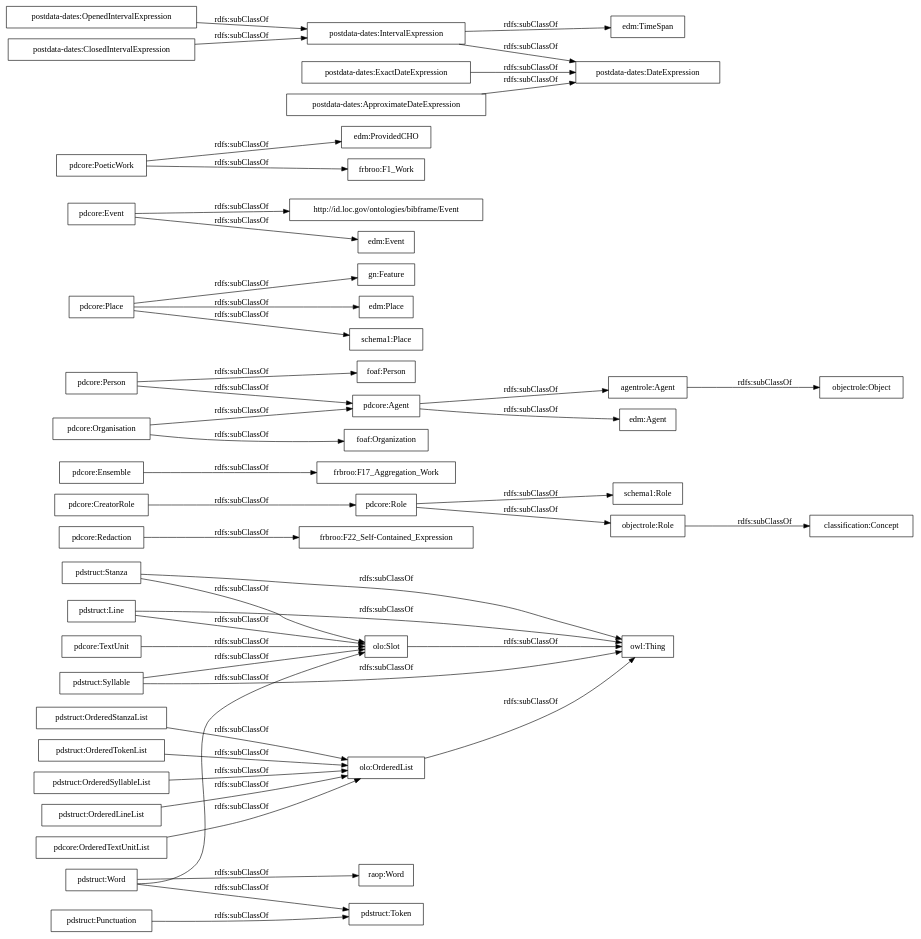
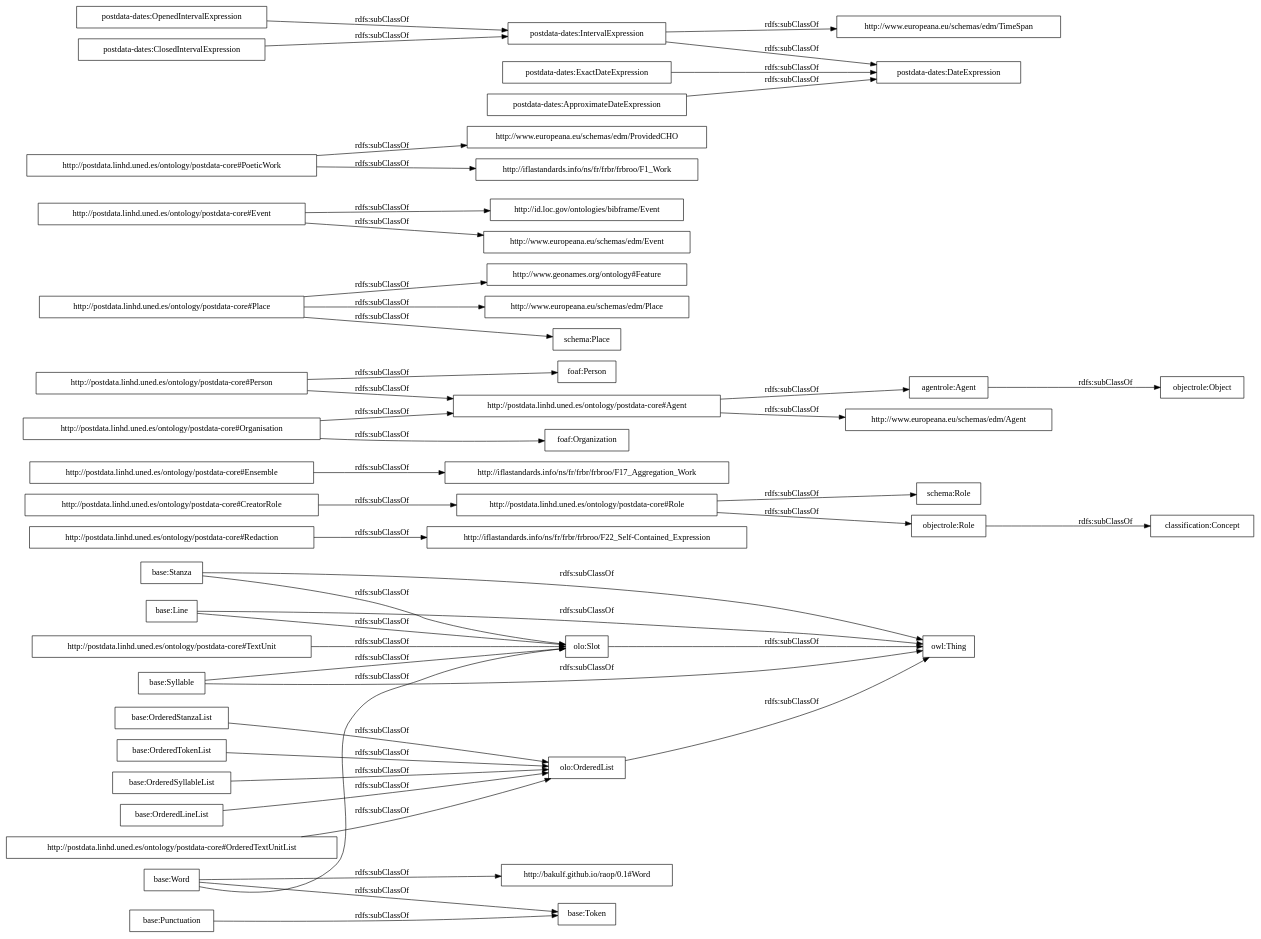
The diagram in OnToology/postdata-structuralElements.owl/diagrams/ar2dtool-taxonomy/postdata-structuralElements.owl.png.dot (linhd-postdata/structuralElements-ontology), drawn with Graphviz before and after one commit. The commit also changed 12 other files, not shown here.

```diff
--- a/OnToology/postdata-structuralElements.owl/diagrams/ar2dtool-taxonomy/postdata-structuralElements.owl.png.dot
+++ b/OnToology/postdata-structuralElements.owl/diagrams/ar2dtool-taxonomy/postdata-structuralElements.owl.png.dot
@@ -1,50 +1,50 @@
 digraph ar2dtool_diagram { 
 rankdir=LR;
 size="1000"
-node [shape = rectangle, color="black"]; "pdstruct:Line" "pdstruct:Punctuation" "pdstruct:OrderedStanzaList" "pdstruct:OrderedTokenList" "pdstruct:Word" "pdstruct:Stanza" "pdstruct:Token" "pdstruct:OrderedSyllableList" "pdcore:Redaction" "pdstruct:Syllable" "raop:Word" "pdstruct:OrderedLineList" "pdcore:Role" "frbroo:F17_Aggregation_Work" "pdcore:OrderedTextUnitList" "agentrole:Agent" "gn:Feature" "edm:Agent" "pdcore:Agent" "pdcore:CreatorRole" "pdcore:Person" "pdcore:Organisation" "edm:Place" "pdcore:Ensemble" "foaf:Person" "frbroo:F22_Self-Contained_Expression" "http://id.loc.gov/ontologies/bibframe/Event" "edm:Event" "pdcore:TextUnit" "foaf:Organization" "edm:ProvidedCHO" "pdcore:Place" "schema1:Place" "pdcore:Event" "pdcore:PoeticWork" "frbroo:F1_Work" "schema1:Role" "olo:Slot" "olo:OrderedList" "owl:Thing" "objectrole:Role" "objectrole:Object" "postdata-dates:OpenedIntervalExpression" "postdata-dates:ClosedIntervalExpression" "postdata-dates:IntervalExpression" "postdata-dates:ExactDateExpression" "edm:TimeSpan" "postdata-dates:DateExpression" "postdata-dates:ApproximateDateExpression" "classification:Concept" ; /*classes style*/
-	"pdstruct:OrderedStanzaList" -> "olo:OrderedList" [ label = "rdfs:subClassOf" ];
-	"pdcore:Person" -> "foaf:Person" [ label = "rdfs:subClassOf" ];
-	"pdcore:Person" -> "pdcore:Agent" [ label = "rdfs:subClassOf" ];
-	"pdstruct:OrderedTokenList" -> "olo:OrderedList" [ label = "rdfs:subClassOf" ];
-	"pdstruct:Punctuation" -> "pdstruct:Token" [ label = "rdfs:subClassOf" ];
+node [shape = rectangle, color="black"]; "base:Line" "base:Punctuation" "base:OrderedStanzaList" "base:OrderedTokenList" "base:Word" "base:Stanza" "base:Token" "base:OrderedSyllableList" "http://postdata.linhd.uned.es/ontology/postdata-core#Redaction" "base:Syllable" "http://bakulf.github.io/raop/0.1#Word" "base:OrderedLineList" "http://postdata.linhd.uned.es/ontology/postdata-core#Role" "http://iflastandards.info/ns/fr/frbr/frbroo/F17_Aggregation_Work" "http://postdata.linhd.uned.es/ontology/postdata-core#OrderedTextUnitList" "agentrole:Agent" "http://www.geonames.org/ontology#Feature" "http://www.europeana.eu/schemas/edm/Agent" "http://postdata.linhd.uned.es/ontology/postdata-core#Agent" "http://postdata.linhd.uned.es/ontology/postdata-core#CreatorRole" "http://postdata.linhd.uned.es/ontology/postdata-core#Person" "http://postdata.linhd.uned.es/ontology/postdata-core#Organisation" "http://www.europeana.eu/schemas/edm/Place" "http://postdata.linhd.uned.es/ontology/postdata-core#Ensemble" "foaf:Person" "http://iflastandards.info/ns/fr/frbr/frbroo/F22_Self-Contained_Expression" "http://id.loc.gov/ontologies/bibframe/Event" "http://www.europeana.eu/schemas/edm/Event" "http://postdata.linhd.uned.es/ontology/postdata-core#TextUnit" "foaf:Organization" "http://www.europeana.eu/schemas/edm/ProvidedCHO" "http://postdata.linhd.uned.es/ontology/postdata-core#Place" "schema:Place" "http://postdata.linhd.uned.es/ontology/postdata-core#Event" "http://postdata.linhd.uned.es/ontology/postdata-core#PoeticWork" "http://iflastandards.info/ns/fr/frbr/frbroo/F1_Work" "schema:Role" "olo:Slot" "olo:OrderedList" "owl:Thing" "objectrole:Role" "objectrole:Object" "postdata-dates:OpenedIntervalExpression" "postdata-dates:ClosedIntervalExpression" "postdata-dates:IntervalExpression" "postdata-dates:ExactDateExpression" "http://www.europeana.eu/schemas/edm/TimeSpan" "postdata-dates:DateExpression" "postdata-dates:ApproximateDateExpression" "classification:Concept" ; /*classes style*/
+	"base:OrderedStanzaList" -> "olo:OrderedList" [ label = "rdfs:subClassOf" ];
+	"http://postdata.linhd.uned.es/ontology/postdata-core#Person" -> "foaf:Person" [ label = "rdfs:subClassOf" ];
+	"http://postdata.linhd.uned.es/ontology/postdata-core#Person" -> "http://postdata.linhd.uned.es/ontology/postdata-core#Agent" [ label = "rdfs:subClassOf" ];
+	"base:OrderedTokenList" -> "olo:OrderedList" [ label = "rdfs:subClassOf" ];
+	"base:Punctuation" -> "base:Token" [ label = "rdfs:subClassOf" ];
 	"agentrole:Agent" -> "objectrole:Object" [ label = "rdfs:subClassOf" ];
-	"pdstruct:Word" -> "olo:Slot" [ label = "rdfs:subClassOf" ];
-	"pdstruct:Word" -> "pdstruct:Token" [ label = "rdfs:subClassOf" ];
-	"pdstruct:Word" -> "raop:Word" [ label = "rdfs:subClassOf" ];
-	"pdcore:PoeticWork" -> "frbroo:F1_Work" [ label = "rdfs:subClassOf" ];
-	"pdcore:PoeticWork" -> "edm:ProvidedCHO" [ label = "rdfs:subClassOf" ];
+	"base:Word" -> "olo:Slot" [ label = "rdfs:subClassOf" ];
+	"base:Word" -> "base:Token" [ label = "rdfs:subClassOf" ];
+	"base:Word" -> "http://bakulf.github.io/raop/0.1#Word" [ label = "rdfs:subClassOf" ];
+	"http://postdata.linhd.uned.es/ontology/postdata-core#PoeticWork" -> "http://iflastandards.info/ns/fr/frbr/frbroo/F1_Work" [ label = "rdfs:subClassOf" ];
+	"http://postdata.linhd.uned.es/ontology/postdata-core#PoeticWork" -> "http://www.europeana.eu/schemas/edm/ProvidedCHO" [ label = "rdfs:subClassOf" ];
 	"objectrole:Role" -> "classification:Concept" [ label = "rdfs:subClassOf" ];
-	"pdstruct:OrderedSyllableList" -> "olo:OrderedList" [ label = "rdfs:subClassOf" ];
+	"base:OrderedSyllableList" -> "olo:OrderedList" [ label = "rdfs:subClassOf" ];
 	"postdata-dates:ClosedIntervalExpression" -> "postdata-dates:IntervalExpression" [ label = "rdfs:subClassOf" ];
-	"pdstruct:Stanza" -> "olo:Slot" [ label = "rdfs:subClassOf" ];
-	"pdstruct:Stanza" -> "owl:Thing" [ label = "rdfs:subClassOf" ];
+	"base:Stanza" -> "olo:Slot" [ label = "rdfs:subClassOf" ];
+	"base:Stanza" -> "owl:Thing" [ label = "rdfs:subClassOf" ];
 	"postdata-dates:ApproximateDateExpression" -> "postdata-dates:DateExpression" [ label = "rdfs:subClassOf" ];
-	"pdcore:Agent" -> "agentrole:Agent" [ label = "rdfs:subClassOf" ];
-	"pdcore:Agent" -> "edm:Agent" [ label = "rdfs:subClassOf" ];
+	"http://postdata.linhd.uned.es/ontology/postdata-core#Agent" -> "agentrole:Agent" [ label = "rdfs:subClassOf" ];
+	"http://postdata.linhd.uned.es/ontology/postdata-core#Agent" -> "http://www.europeana.eu/schemas/edm/Agent" [ label = "rdfs:subClassOf" ];
 	"olo:Slot" -> "owl:Thing" [ label = "rdfs:subClassOf" ];
 	"postdata-dates:OpenedIntervalExpression" -> "postdata-dates:IntervalExpression" [ label = "rdfs:subClassOf" ];
-	"pdcore:Organisation" -> "foaf:Organization" [ label = "rdfs:subClassOf" ];
-	"pdcore:Organisation" -> "pdcore:Agent" [ label = "rdfs:subClassOf" ];
-	"pdcore:Ensemble" -> "frbroo:F17_Aggregation_Work" [ label = "rdfs:subClassOf" ];
+	"http://postdata.linhd.uned.es/ontology/postdata-core#Organisation" -> "foaf:Organization" [ label = "rdfs:subClassOf" ];
+	"http://postdata.linhd.uned.es/ontology/postdata-core#Organisation" -> "http://postdata.linhd.uned.es/ontology/postdata-core#Agent" [ label = "rdfs:subClassOf" ];
+	"http://postdata.linhd.uned.es/ontology/postdata-core#Ensemble" -> "http://iflastandards.info/ns/fr/frbr/frbroo/F17_Aggregation_Work" [ label = "rdfs:subClassOf" ];
 	"olo:OrderedList" -> "owl:Thing" [ label = "rdfs:subClassOf" ];
-	"pdcore:TextUnit" -> "olo:Slot" [ label = "rdfs:subClassOf" ];
-	"pdcore:Redaction" -> "frbroo:F22_Self-Contained_Expression" [ label = "rdfs:subClassOf" ];
-	"pdcore:Place" -> "edm:Place" [ label = "rdfs:subClassOf" ];
-	"pdcore:Place" -> "schema1:Place" [ label = "rdfs:subClassOf" ];
-	"pdcore:Place" -> "gn:Feature" [ label = "rdfs:subClassOf" ];
-	"pdstruct:OrderedLineList" -> "olo:OrderedList" [ label = "rdfs:subClassOf" ];
-	"pdcore:CreatorRole" -> "pdcore:Role" [ label = "rdfs:subClassOf" ];
-	"pdcore:Role" -> "objectrole:Role" [ label = "rdfs:subClassOf" ];
-	"pdcore:Role" -> "schema1:Role" [ label = "rdfs:subClassOf" ];
-	"pdstruct:Syllable" -> "owl:Thing" [ label = "rdfs:subClassOf" ];
-	"pdstruct:Syllable" -> "olo:Slot" [ label = "rdfs:subClassOf" ];
-	"pdstruct:Line" -> "olo:Slot" [ label = "rdfs:subClassOf" ];
-	"pdstruct:Line" -> "owl:Thing" [ label = "rdfs:subClassOf" ];
-	"pdcore:OrderedTextUnitList" -> "olo:OrderedList" [ label = "rdfs:subClassOf" ];
-	"postdata-dates:IntervalExpression" -> "edm:TimeSpan" [ label = "rdfs:subClassOf" ];
+	"http://postdata.linhd.uned.es/ontology/postdata-core#TextUnit" -> "olo:Slot" [ label = "rdfs:subClassOf" ];
+	"http://postdata.linhd.uned.es/ontology/postdata-core#Redaction" -> "http://iflastandards.info/ns/fr/frbr/frbroo/F22_Self-Contained_Expression" [ label = "rdfs:subClassOf" ];
+	"http://postdata.linhd.uned.es/ontology/postdata-core#Place" -> "http://www.europeana.eu/schemas/edm/Place" [ label = "rdfs:subClassOf" ];
+	"http://postdata.linhd.uned.es/ontology/postdata-core#Place" -> "schema:Place" [ label = "rdfs:subClassOf" ];
+	"http://postdata.linhd.uned.es/ontology/postdata-core#Place" -> "http://www.geonames.org/ontology#Feature" [ label = "rdfs:subClassOf" ];
+	"base:OrderedLineList" -> "olo:OrderedList" [ label = "rdfs:subClassOf" ];
+	"http://postdata.linhd.uned.es/ontology/postdata-core#CreatorRole" -> "http://postdata.linhd.uned.es/ontology/postdata-core#Role" [ label = "rdfs:subClassOf" ];
+	"http://postdata.linhd.uned.es/ontology/postdata-core#Role" -> "objectrole:Role" [ label = "rdfs:subClassOf" ];
+	"http://postdata.linhd.uned.es/ontology/postdata-core#Role" -> "schema:Role" [ label = "rdfs:subClassOf" ];
+	"base:Syllable" -> "owl:Thing" [ label = "rdfs:subClassOf" ];
+	"base:Syllable" -> "olo:Slot" [ label = "rdfs:subClassOf" ];
+	"base:Line" -> "olo:Slot" [ label = "rdfs:subClassOf" ];
+	"base:Line" -> "owl:Thing" [ label = "rdfs:subClassOf" ];
+	"http://postdata.linhd.uned.es/ontology/postdata-core#OrderedTextUnitList" -> "olo:OrderedList" [ label = "rdfs:subClassOf" ];
+	"postdata-dates:IntervalExpression" -> "http://www.europeana.eu/schemas/edm/TimeSpan" [ label = "rdfs:subClassOf" ];
 	"postdata-dates:IntervalExpression" -> "postdata-dates:DateExpression" [ label = "rdfs:subClassOf" ];
 	"postdata-dates:ExactDateExpression" -> "postdata-dates:DateExpression" [ label = "rdfs:subClassOf" ];
-	"pdcore:Event" -> "edm:Event" [ label = "rdfs:subClassOf" ];
-	"pdcore:Event" -> "http://id.loc.gov/ontologies/bibframe/Event" [ label = "rdfs:subClassOf" ];
+	"http://postdata.linhd.uned.es/ontology/postdata-core#Event" -> "http://www.europeana.eu/schemas/edm/Event" [ label = "rdfs:subClassOf" ];
+	"http://postdata.linhd.uned.es/ontology/postdata-core#Event" -> "http://id.loc.gov/ontologies/bibframe/Event" [ label = "rdfs:subClassOf" ];
 
 }
```
